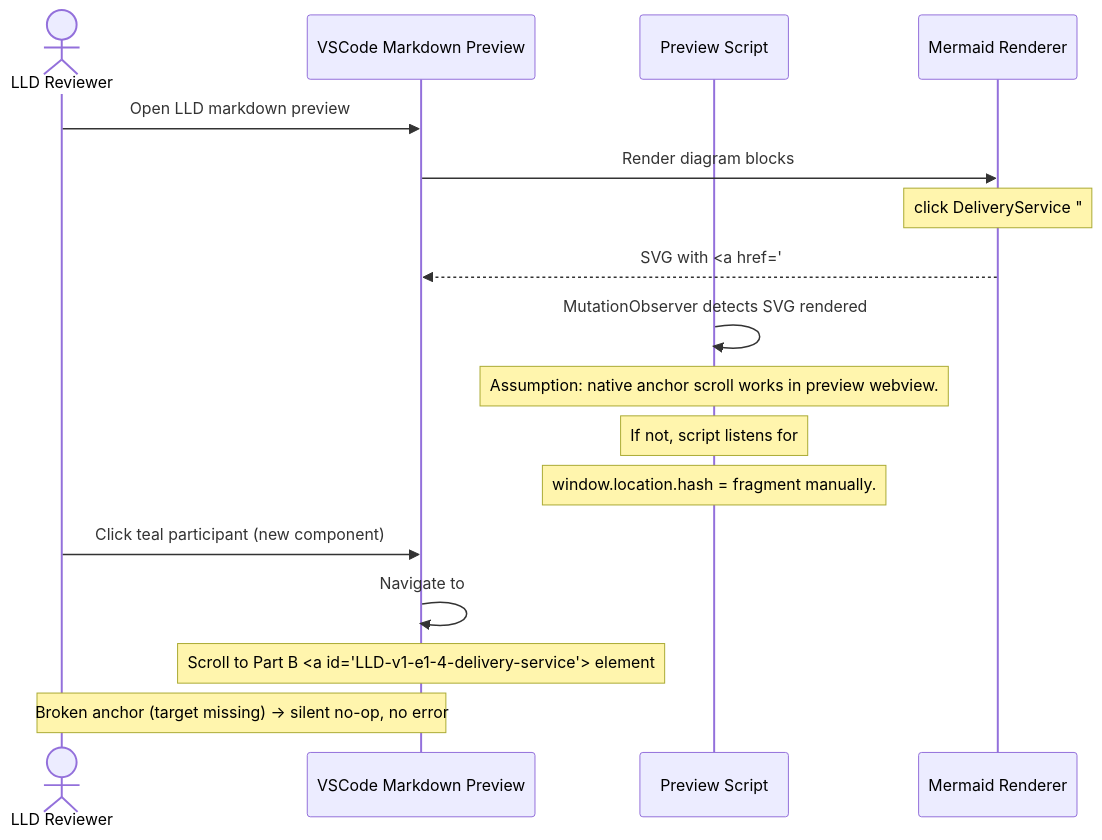
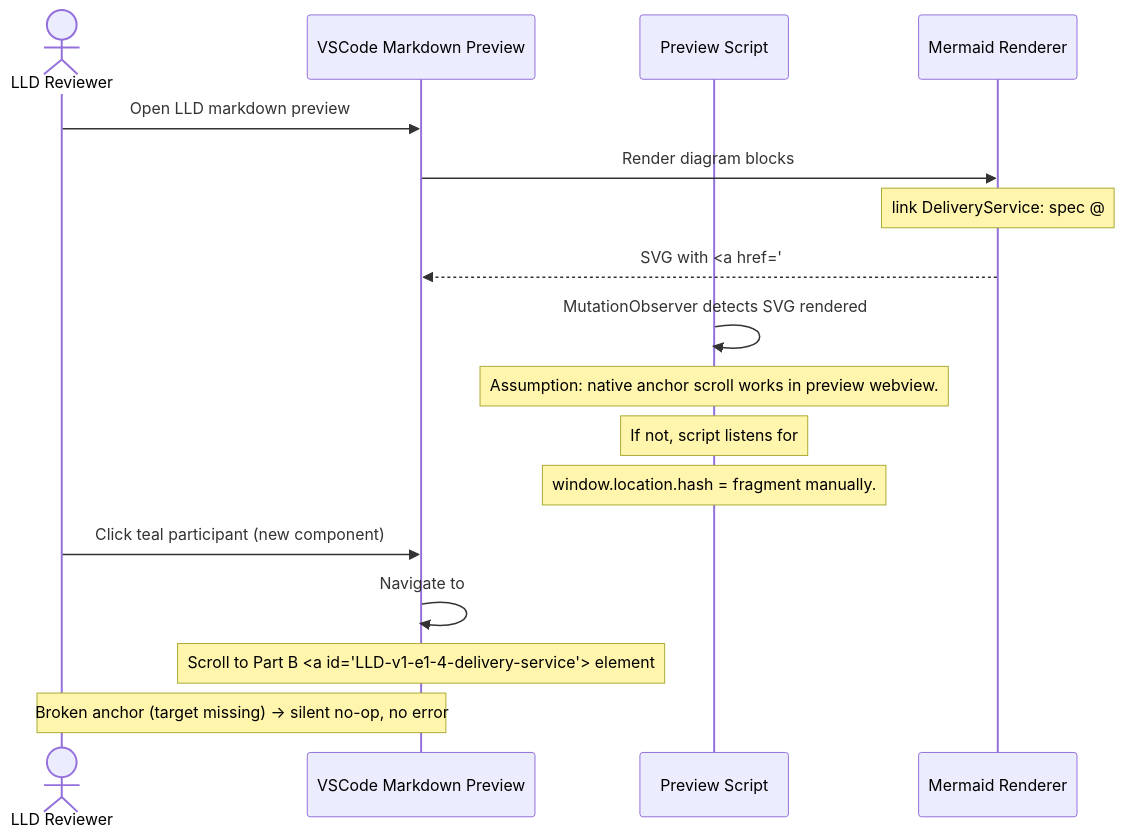
One commit to mironyx/engineering-delivery-framework changed the seventh of 7 diagrams in plugins/edf/docs/design/v1/v1-design.md. Above: the diagram before and after it, drawn with Mermaid. The commit also changed other lines of this file and 3 other files, not shown here.

First line of the commit message:
docs: reconcile v1 artefacts with verified Mermaid reality

````diff
--- a/plugins/edf/docs/design/v1/v1-design.md
+++ b/plugins/edf/docs/design/v1/v1-design.md
@@ -538,21 +535,21 @@
 ```mermaid
 sequenceDiagram
     actor Reviewer as LLD Reviewer
     participant Preview as VSCode Markdown Preview
     participant Script as Preview Script
     participant Mermaid as Mermaid Renderer
 
     Reviewer->>Preview: Open LLD markdown preview
     Preview->>Mermaid: Render diagram blocks
-    Note over Mermaid: click DeliveryService "#LLD-v1-e1-4-delivery-service" _self
+    Note over Mermaid: link DeliveryService: spec @ #LLD-v1-e1-4-delivery-service
     Mermaid-->>Preview: SVG with <a href="#LLD-v1-e1-4-delivery-service">
     Script->>Script: MutationObserver detects SVG rendered
     Note over Script: Assumption: native anchor scroll works in preview webview.
     Note over Script: If not, script listens for #LLD- clicks and calls
     Note over Script: window.location.hash = fragment manually.
 
     Reviewer->>Preview: Click teal participant (new component)
     Preview->>Preview: Navigate to #LLD-v1-e1-4-delivery-service
     Note over Preview: Scroll to Part B <a id="LLD-v1-e1-4-delivery-service"> element
     Note over Reviewer,Preview: Broken anchor (target missing) → silent no-op, no error
 ```
````
